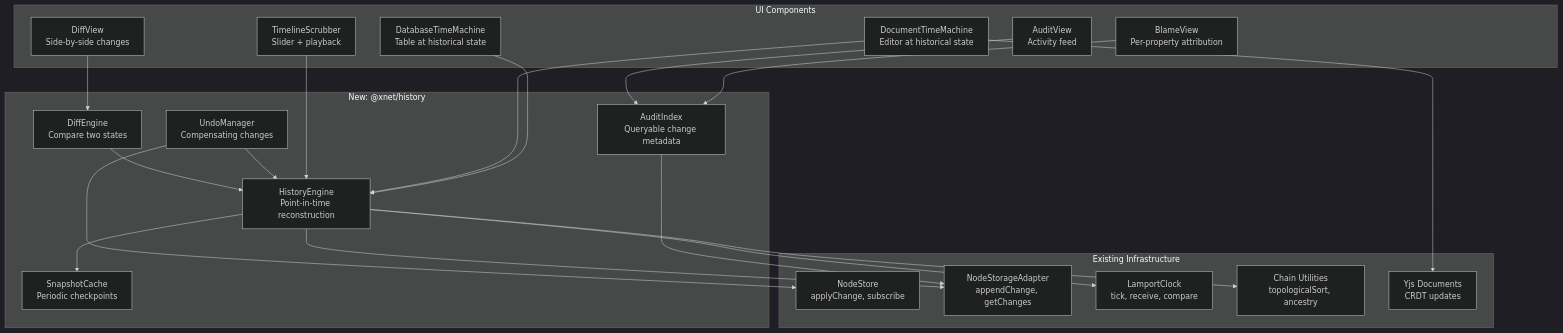
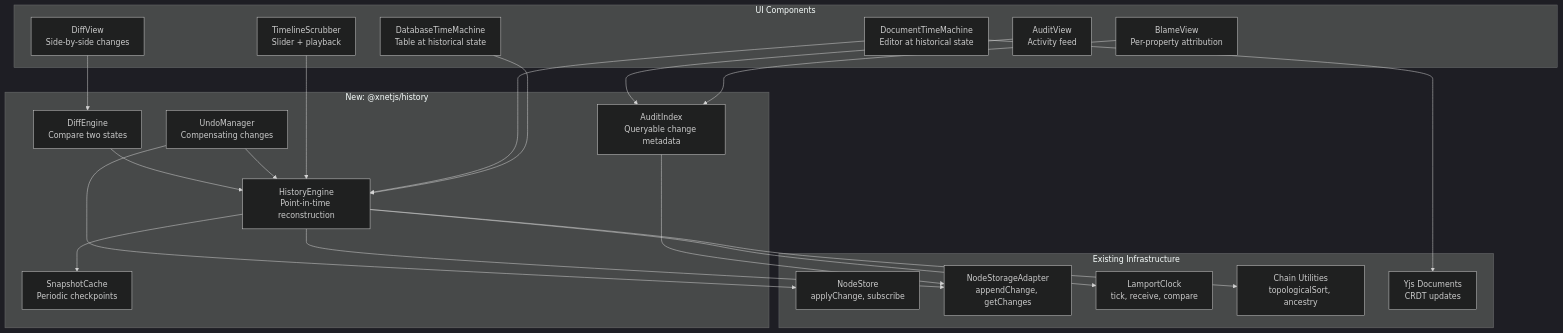
One commit to crs48/xNet changed the diagram in docs/plans/plan03_7History/README.md. Above: the diagram before and after it, drawn with Mermaid (dark theme). The commit also changed other lines of this file and 980 other files, not shown here.

````diff
--- a/docs/plans/plan03_7History/README.md
+++ b/docs/plans/plan03_7History/README.md
@@ -29,44 +29,44 @@
 ```mermaid
 flowchart TB
-    subgraph "New: @xnet/history"
+    subgraph "New: @xnetjs/history"
         HE[HistoryEngine<br/>Point-in-time reconstruction]
         SC[SnapshotCache<br/>Periodic checkpoints]
         DE[DiffEngine<br/>Compare two states]
         AI[AuditIndex<br/>Queryable change metadata]
         UM[UndoManager<br/>Compensating changes]
     end
 
     subgraph "Existing Infrastructure"
         NS[NodeStore<br/>applyChange, subscribe]
         SA[NodeStorageAdapter<br/>appendChange, getChanges]
         CK[LamportClock<br/>tick, receive, compare]
         CH[Chain Utilities<br/>topologicalSort, ancestry]
         YJS[Yjs Documents<br/>CRDT updates]
     end
 
     subgraph "UI Components"
         TS[TimelineScrubber<br/>Slider + playback]
         DTM[DocumentTimeMachine<br/>Editor at historical state]
         DBTM[DatabaseTimeMachine<br/>Table at historical state]
         AV[AuditView<br/>Activity feed]
         BV[BlameView<br/>Per-property attribution]
         DV[DiffView<br/>Side-by-side changes]
     end
 
     HE --> SA
     HE --> SC
     HE --> CK
     HE --> CH
     DE --> HE
     AI --> SA
     UM --> NS
     UM --> HE
 
     TS --> HE
     DTM --> HE
     DTM --> YJS
     DBTM --> HE
     AV --> AI
     BV --> AI
     DV --> DE
 ```
````
